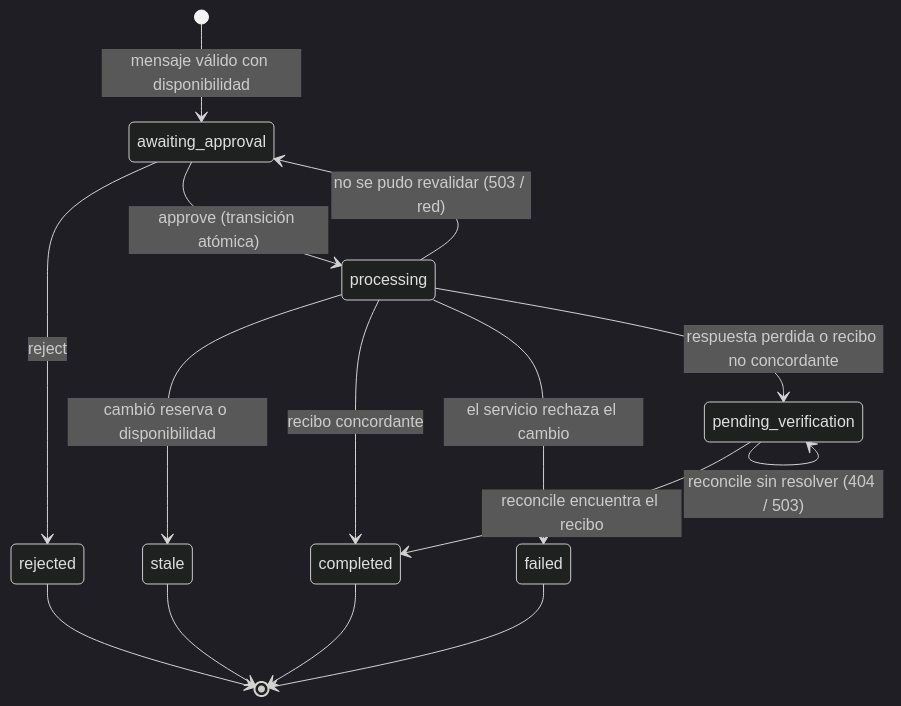
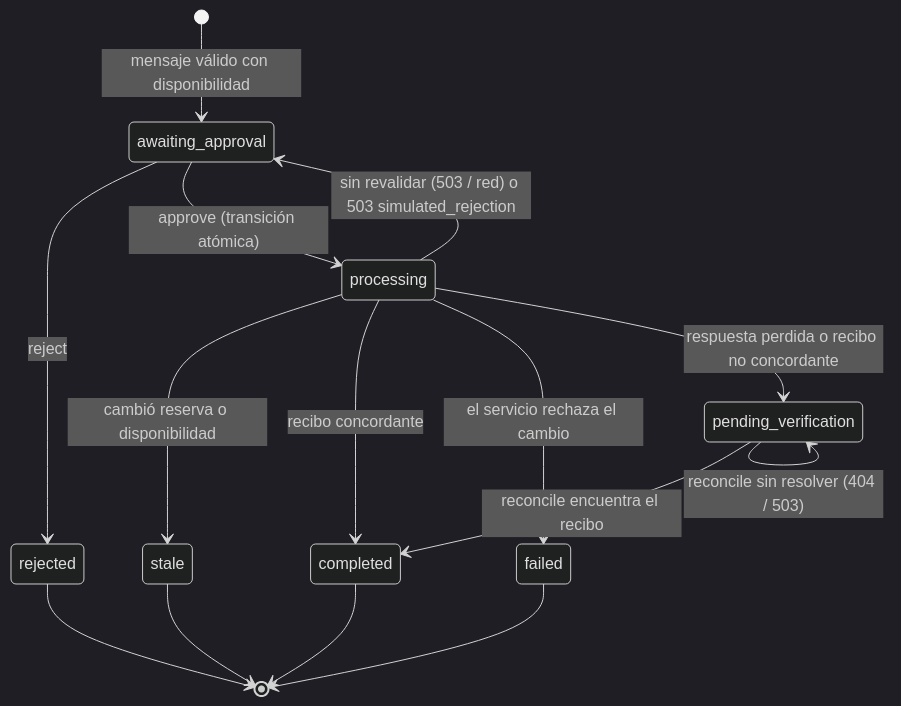
One commit to tabraue/takehome-17844f0d37b1 changed the second of 2 diagrams in README.md. Above: the diagram before and after it, drawn with Mermaid (dark theme). The commit also changed other lines of this file and 1 other file, not shown here.

````diff
--- a/README.md
+++ b/README.md
@@ -279,17 +282,17 @@
 ```mermaid
 stateDiagram-v2
   [*] --> awaiting_approval: mensaje válido con disponibilidad
   awaiting_approval --> rejected: reject
   awaiting_approval --> processing: approve (transición atómica)
-  processing --> awaiting_approval: no se pudo revalidar (503 / red)
+  processing --> awaiting_approval: sin revalidar (503 / red) o 503 simulated_rejection
   processing --> stale: cambió reserva o disponibilidad
   processing --> completed: recibo concordante
   processing --> failed: el servicio rechaza el cambio
   processing --> pending_verification: respuesta perdida o recibo no concordante
   pending_verification --> completed: reconcile encuentra el recibo
   pending_verification --> pending_verification: reconcile sin resolver (404 / 503)
   rejected --> [*]
   completed --> [*]
   stale --> [*]
   failed --> [*]
 ```
````
